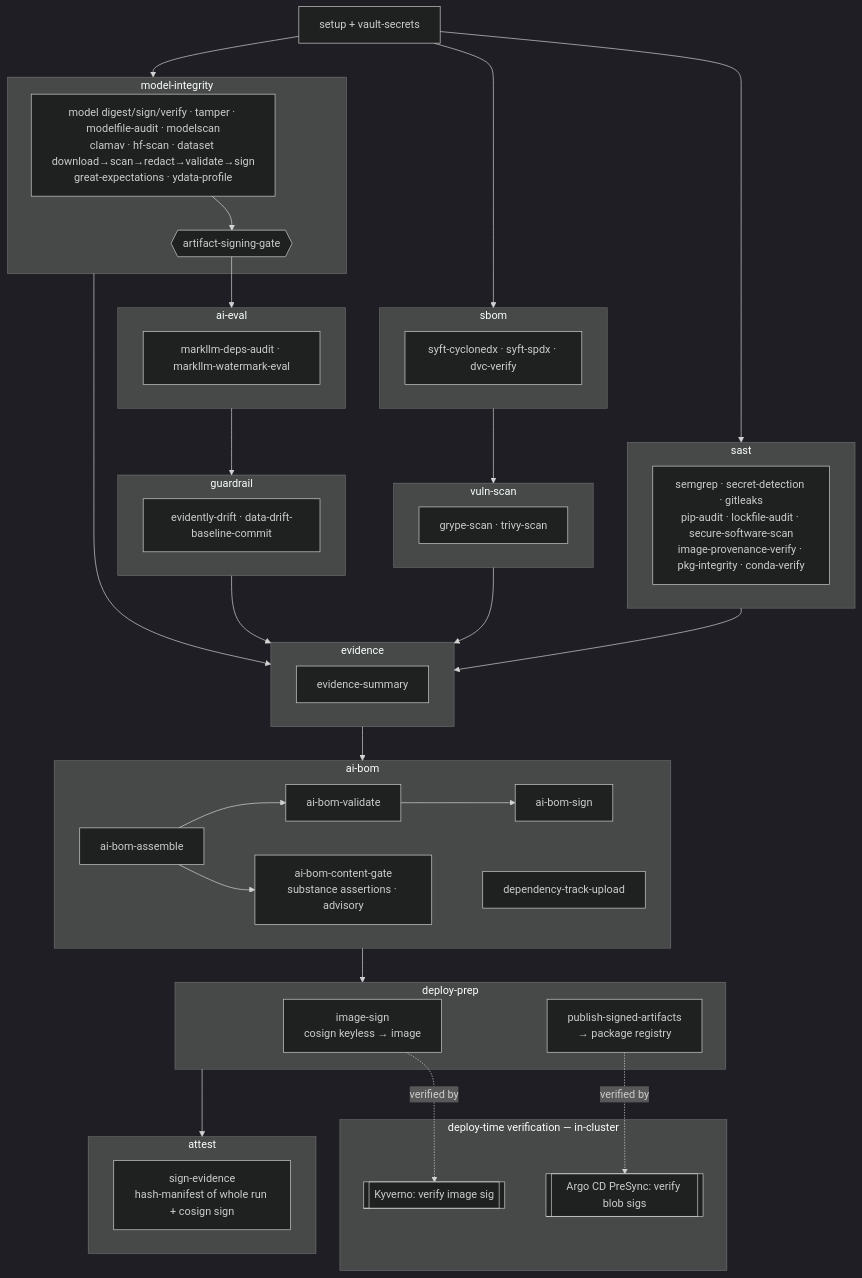
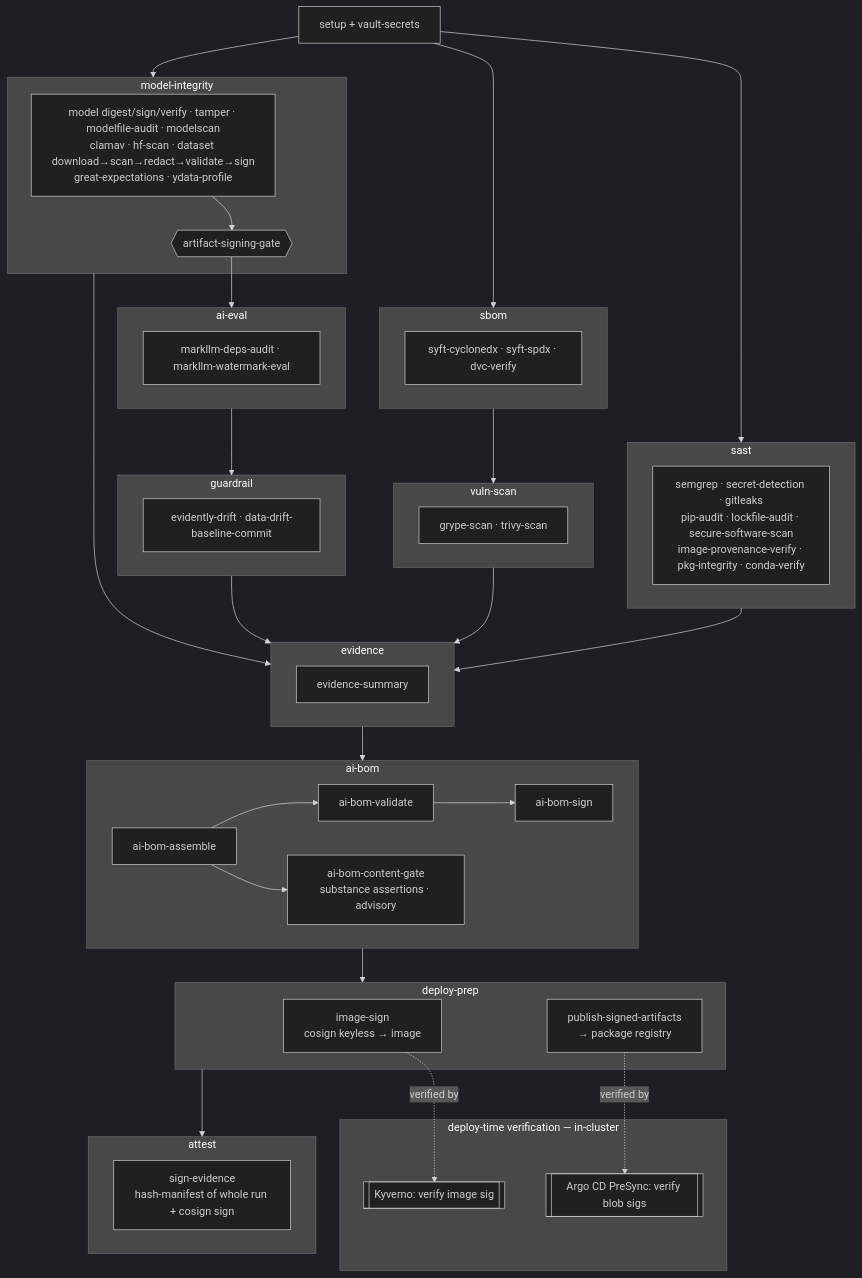
Before and after one commit to Nate-Carroll-Cyber/mlsecdevops-pipeline-example: the diagram in ci/SBOM.md, drawn with Mermaid (dark theme). The commit also changed other lines of this file and 14 other files, not shown here.

````diff
--- a/ci/SBOM.md
+++ b/ci/SBOM.md
@@ -20,51 +20,50 @@
 ```mermaid
 flowchart TD
     setup[setup + vault-secrets]
     subgraph SAST [sast]
       s1[semgrep · secret-detection · gitleaks<br/>pip-audit · lockfile-audit · secure-software-scan<br/>image-provenance-verify · pkg-integrity · conda-verify]
     end
     subgraph SBOM [sbom]
       s2[syft-cyclonedx · syft-spdx · dvc-verify]
     end
     subgraph VULN [vuln-scan]
       s3[grype-scan · trivy-scan]
     end
     subgraph MI [model-integrity]
       s4[model digest/sign/verify · tamper · modelfile-audit · modelscan<br/>clamav · hf-scan · dataset download→scan→redact→validate→sign<br/>great-expectations · ydata-profile]
       g{{artifact-signing-gate}}
       s4 --> g
     end
     subgraph EVAL [ai-eval]
       s5[markllm-deps-audit · markllm-watermark-eval]
     end
     subgraph GUARD [guardrail]
       s6[evidently-drift · data-drift-baseline-commit]
     end
     subgraph EVID [evidence]
       s7[evidence-summary]
     end
     subgraph AIBOM [ai-bom]
       a1[ai-bom-assemble] --> a2[ai-bom-validate] --> a3[ai-bom-sign]
       a1 --> a4[ai-bom-content-gate<br/>substance assertions · advisory]
-      a5[dependency-track-upload]
     end
     subgraph DEPLOY [deploy-prep]
       d1[image-sign<br/>cosign keyless → image]
       d2[publish-signed-artifacts<br/>→ package registry]
     end
     subgraph ATTEST [attest]
       at1[sign-evidence<br/>hash-manifest of whole run + cosign sign]
     end
     subgraph VERIFY [deploy-time verification — in-cluster]
       v1[[Kyverno: verify image sig]]
       v2[[Argo CD PreSync: verify blob sigs]]
     end
 
     setup --> SAST & SBOM & MI
     SBOM --> VULN
     g --> EVAL --> GUARD
     SAST & VULN & GUARD & MI --> EVID
     EVID --> AIBOM --> DEPLOY --> ATTEST
     d1 -. "verified by" .-> v1
     d2 -. "verified by" .-> v2
 ```
````
